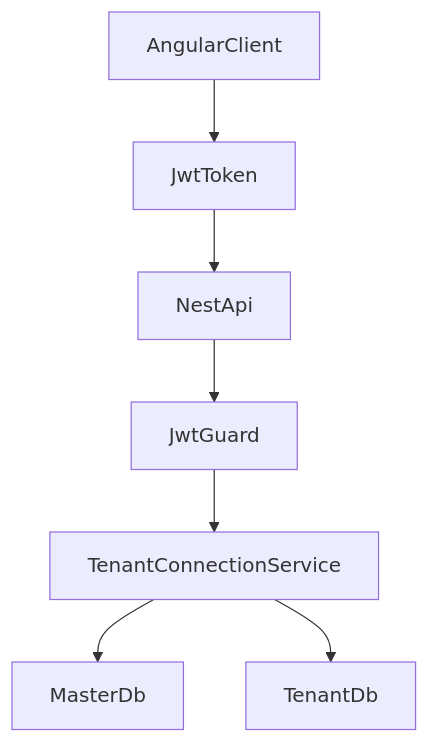
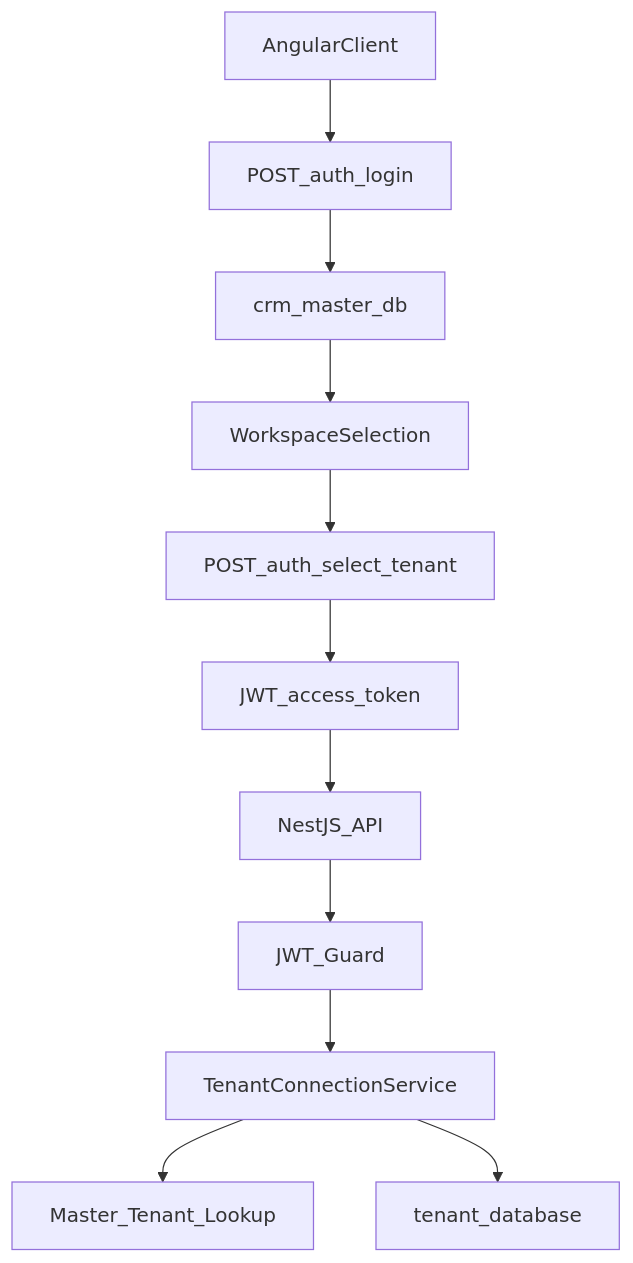
One commit to rajasekhar-pigilam/multi-tenant-crm-saas changed the diagram in README.md. Above: the diagram before and after it, drawn with Mermaid. The commit also changed other lines of this file and 123 other files, not shown here.

First line of the commit message:
Build multi-tenant CRM SaaS proof of concept.

````diff
--- a/README.md
+++ b/README.md
@@ -22,9 +33,13 @@
 ```mermaid
 flowchart TD
-  AngularClient[AngularClient] --> JwtToken[JwtToken]
-  JwtToken --> NestApi[NestApi]
-  NestApi --> JwtGuard[JwtGuard]
+  AngularClient[AngularClient] --> LoginApi[POST_auth_login]
+  LoginApi --> MasterDb[crm_master_db]
+  MasterDb --> WorkspaceSelection[WorkspaceSelection]
+  WorkspaceSelection --> SelectTenantApi[POST_auth_select_tenant]
+  SelectTenantApi --> JwtToken[JWT_access_token]
+  JwtToken --> NestApi[NestJS_API]
+  NestApi --> JwtGuard[JWT_Guard]
   JwtGuard --> TenantConnectionService[TenantConnectionService]
-  TenantConnectionService --> MasterDb[MasterDb]
-  TenantConnectionService --> TenantDb[TenantDb]
+  TenantConnectionService --> MasterLookup[Master_Tenant_Lookup]
+  TenantConnectionService --> TenantDb[tenant_database]
 ```
````
